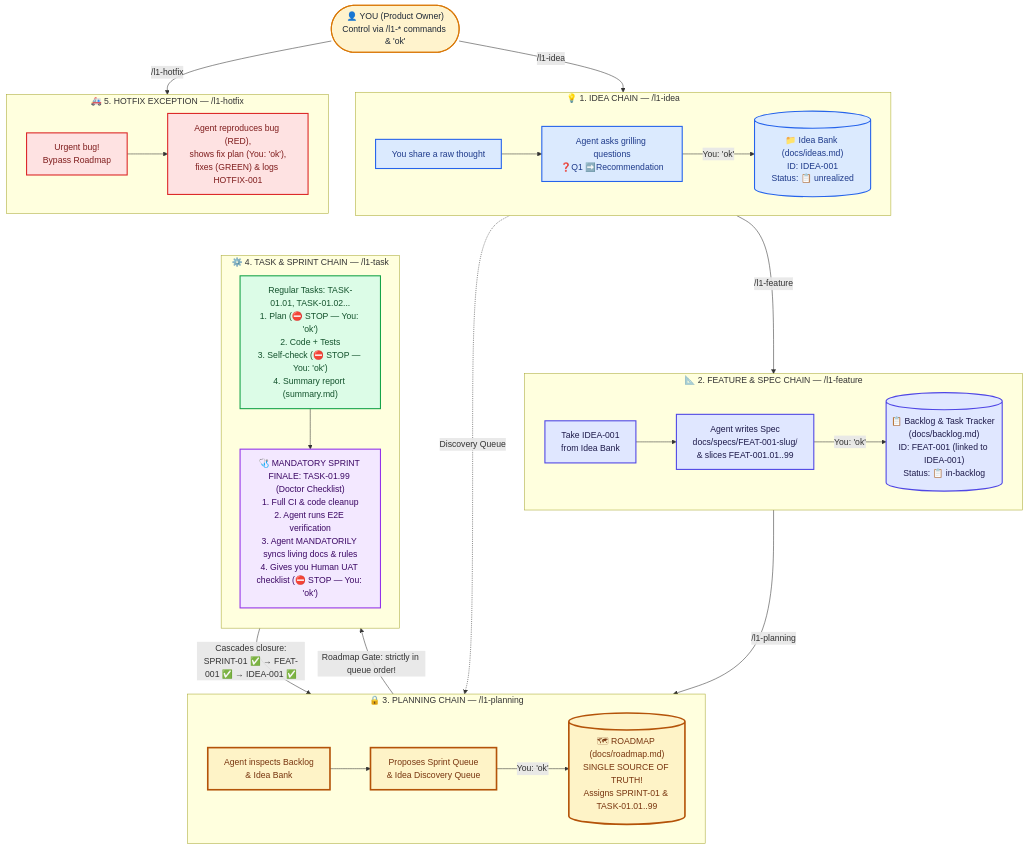
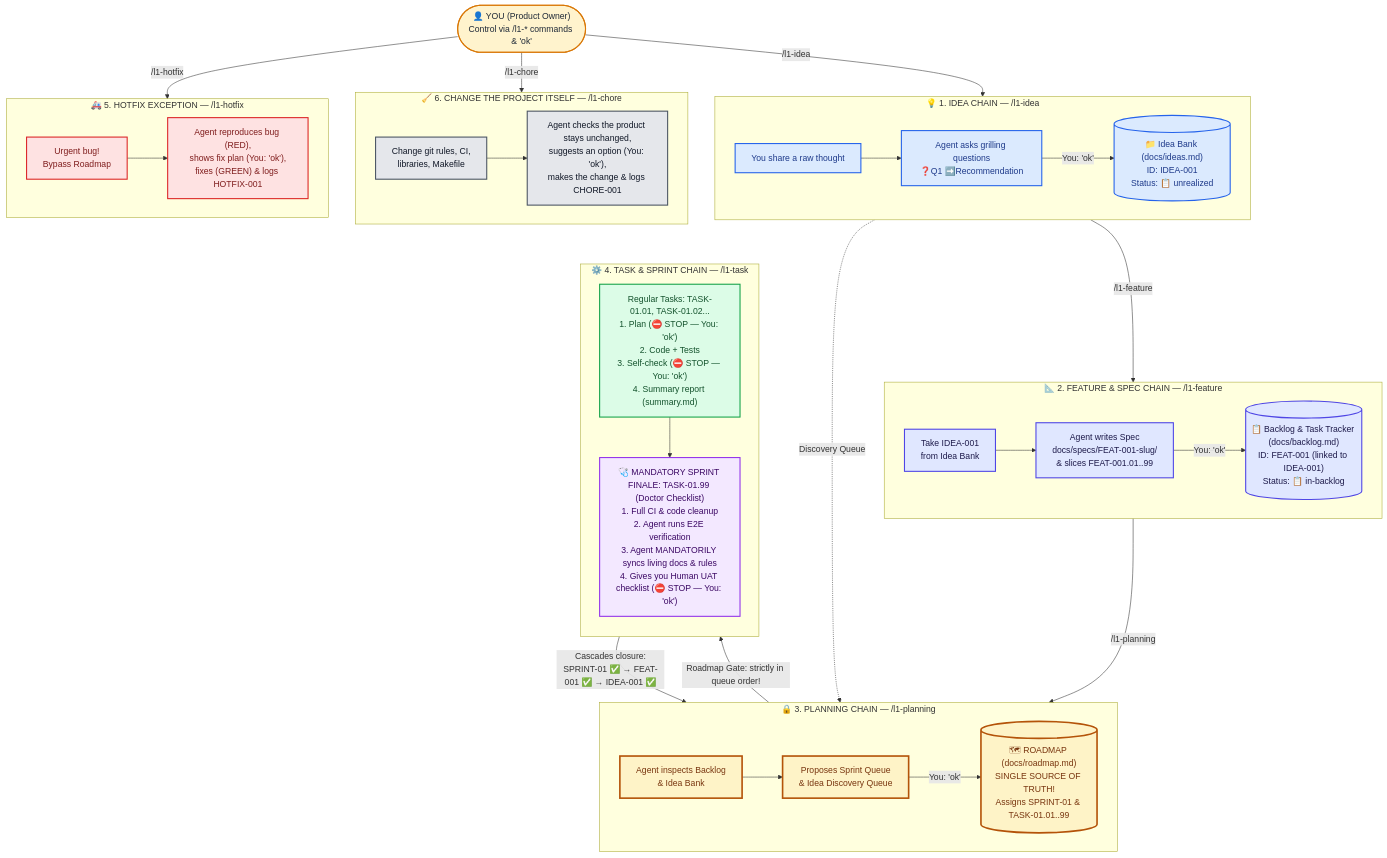
Before and after one commit to ledvanoff/l1dder: the first of 2 diagrams in assets/i18n/en/user-guide/README.md, drawn with Mermaid. The commit also changed other lines of this file and 45 other files, not shown here.

````diff
--- a/assets/i18n/en/user-guide/README.md
+++ b/assets/i18n/en/user-guide/README.md
@@ -40,50 +41,57 @@
 ```mermaid
 flowchart TB
     classDef human fill:#FFF3CD,stroke:#D97706,stroke-width:2px,color:#1F2937
     classDef ideaFlow fill:#DBEAFE,stroke:#2563EB,stroke-width:2px,color:#1E3A8A
     classDef featFlow fill:#E0E7FF,stroke:#4F46E5,stroke-width:2px,color:#1E1B4B
     classDef planFlow fill:#FEF3C7,stroke:#B45309,stroke-width:3px,color:#78350F
     classDef taskFlow fill:#DCFCE7,stroke:#16A34A,stroke-width:2px,color:#14532D
     classDef doctorFlow fill:#F3E8FF,stroke:#9333EA,stroke-width:2px,color:#3B0764
     classDef hotfixFlow fill:#FEE2E2,stroke:#DC2626,stroke-width:2px,color:#7F1D1D
+    classDef choreFlow fill:#E5E7EB,stroke:#4B5563,stroke-width:2px,color:#111827
 
     YOU(["👤 YOU (Product Owner)<br/>Control via /l1-* commands & 'ok'"]):::human
 
     subgraph CHAIN1["💡 1. IDEA CHAIN — /l1-idea"]
         direction LR
         I1["You share a raw thought"]:::ideaFlow --> I2["Agent asks grilling questions<br/>❓Q1 ➡️Recommendation"]:::ideaFlow
         I2 -->|"You: 'ok'"| I3[("📁 Idea Bank (docs/ideas.md)<br/>ID: IDEA-001<br/>Status: 📋 unrealized")]:::ideaFlow
     end
 
     subgraph CHAIN2["📐 2. FEATURE & SPEC CHAIN — /l1-feature"]
         direction LR
         F1["Take IDEA-001<br/>from Idea Bank"]:::featFlow --> F2["Agent writes Spec<br/>docs/specs/FEAT-001-slug/<br/>& slices FEAT-001.01..99"]:::featFlow
         F2 -->|"You: 'ok'"| F3[("📋 Backlog & Task Tracker (docs/backlog.md)<br/>ID: FEAT-001 (linked to IDEA-001)<br/>Status: 📋 in-backlog")]:::featFlow
     end
 
     subgraph CHAIN3["🔒 3. PLANNING CHAIN — /l1-planning"]
         direction LR
         P1["Agent inspects Backlog<br/>& Idea Bank"]:::planFlow --> P2["Proposes Sprint Queue<br/>& Idea Discovery Queue"]:::planFlow
         P2 -->|"You: 'ok'"| P3[("🗺 ROADMAP (docs/roadmap.md)<br/>SINGLE SOURCE OF TRUTH!<br/>Assigns SPRINT-01 & TASK-01.01..99")]:::planFlow
     end
 
     subgraph CHAIN4["⚙️ 4. TASK & SPRINT CHAIN — /l1-task"]
         direction TB
         T1["Regular Tasks: TASK-01.01, TASK-01.02...<br/>1. Plan (⛔ STOP — You: 'ok')<br/>2. Code + Tests<br/>3. Self-check (⛔ STOP — You: 'ok')<br/>4. Summary report (summary.md)"]:::taskFlow
         T2["🩺 MANDATORY SPRINT FINALE: TASK-01.99 (Doctor Checklist)<br/>1. Full CI & code cleanup<br/>2. Agent runs E2E verification<br/>3. Agent MANDATORILY syncs living docs & rules<br/>4. Gives you Human UAT checklist (⛔ STOP — You: 'ok')"]:::doctorFlow
         T1 --> T2
     end
 
     subgraph CHAIN5["🚑 5. HOTFIX EXCEPTION — /l1-hotfix"]
         direction LR
         H1["Urgent bug!<br/>Bypass Roadmap"]:::hotfixFlow --> H2["Agent reproduces bug (RED),<br/>shows fix plan (You: 'ok'),<br/>fixes (GREEN) & logs HOTFIX-001"]:::hotfixFlow
     end
 
+    subgraph CHAIN6["🧹 6. CHANGE THE PROJECT ITSELF — /l1-chore"]
+        direction LR
+        C1["Change git rules, CI,<br/>libraries, Makefile"]:::choreFlow --> C2["Agent checks the product stays unchanged,<br/>suggests an option (You: 'ok'),<br/>makes the change & logs CHORE-001"]:::choreFlow
+    end
+
     YOU -->|"/l1-idea"| CHAIN1
     I3 -->|"/l1-feature"| CHAIN2
     F3 -->|"/l1-planning"| CHAIN3
     I3 -.->|"Discovery Queue"| CHAIN3
     P3 -->|"Roadmap Gate: strictly in queue order!"| CHAIN4
     T2 -->|"Cascades closure:<br/>SPRINT-01 ✅ → FEAT-001 ✅ → IDEA-001 ✅"| P3
     YOU -->|"/l1-hotfix"| CHAIN5
+    YOU -->|"/l1-chore"| CHAIN6
 ```
````
